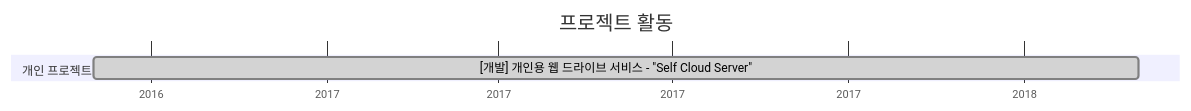
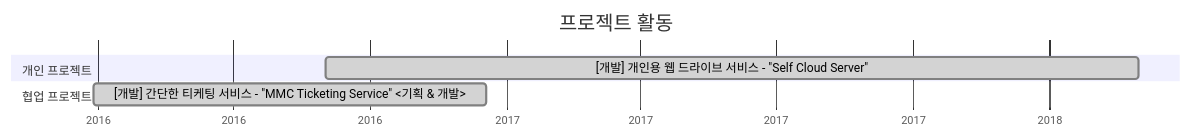
One commit to hepheir/hepheir changed the diagram in README.md. Above: the diagram before and after it, drawn with Mermaid.

Commit message:
docs(README.md/Gantt 프로젝트 활동/협업 프로젝트): 티케팅 서비스 추가

````diff
--- a/README.md
+++ b/README.md
@@ -16,13 +16,14 @@
 ```mermaid
 gantt
     title 프로젝트 활동
     dateFormat  YYYY-MM-DD
     axisFormat %Y
 
     section 개인 프로젝트
     [개발] 개인용 웹 드라이브 서비스 - "Self Cloud Server" : done, 2016-09-01, 2018-03-02
 
     section 협업 프로젝트
+    [개발] 간단한 티케팅 서비스 - "MMC Ticketing Service" <기획 & 개발> : done, 2016-03-29, 2016-12-18
 
     section 연구 활동
 ```
````
